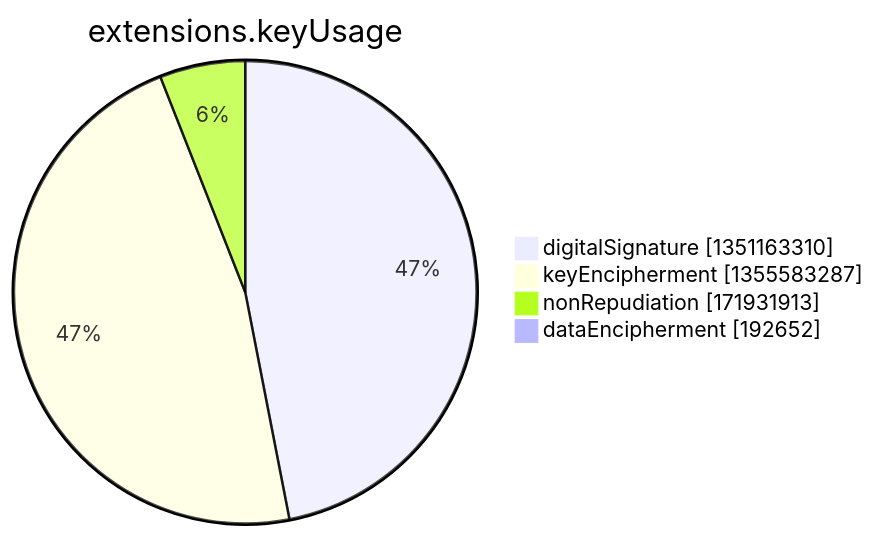
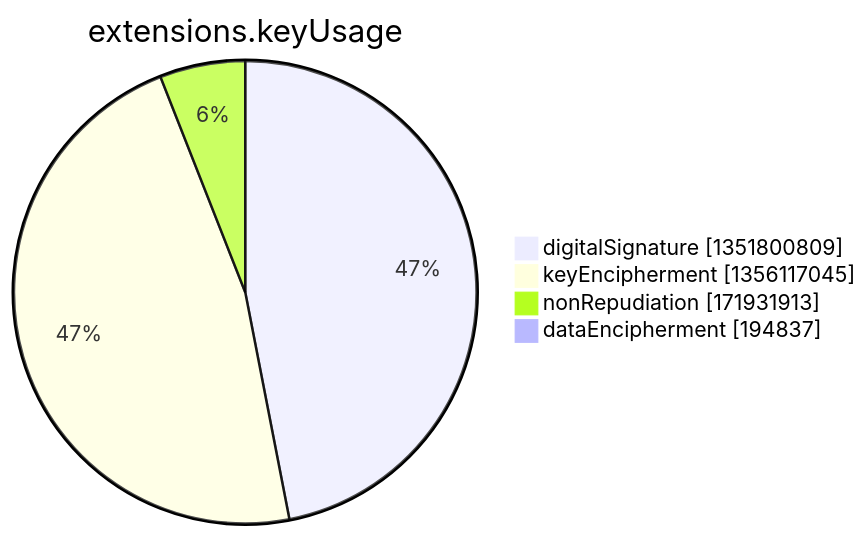
One commit to christiankrug/ctmonitor_visualization changed the seventh of 15 diagrams in argon2022/README.md. Above: the diagram before and after it, drawn with Mermaid. The commit also changed other lines of this file, not shown here.

````diff
--- a/argon2022/README.md
+++ b/argon2022/README.md
@@ -2750,8 +2750,8 @@
 ```mermaid
 pie showData
 title extensions.keyUsage
-"digitalSignature" :1351163310
-"keyEncipherment" :1355583287
+"digitalSignature" :1351800809
+"keyEncipherment" :1356117045
 "nonRepudiation" :171931913
-"dataEncipherment" :192652
+"dataEncipherment" :194837
 ```
````
